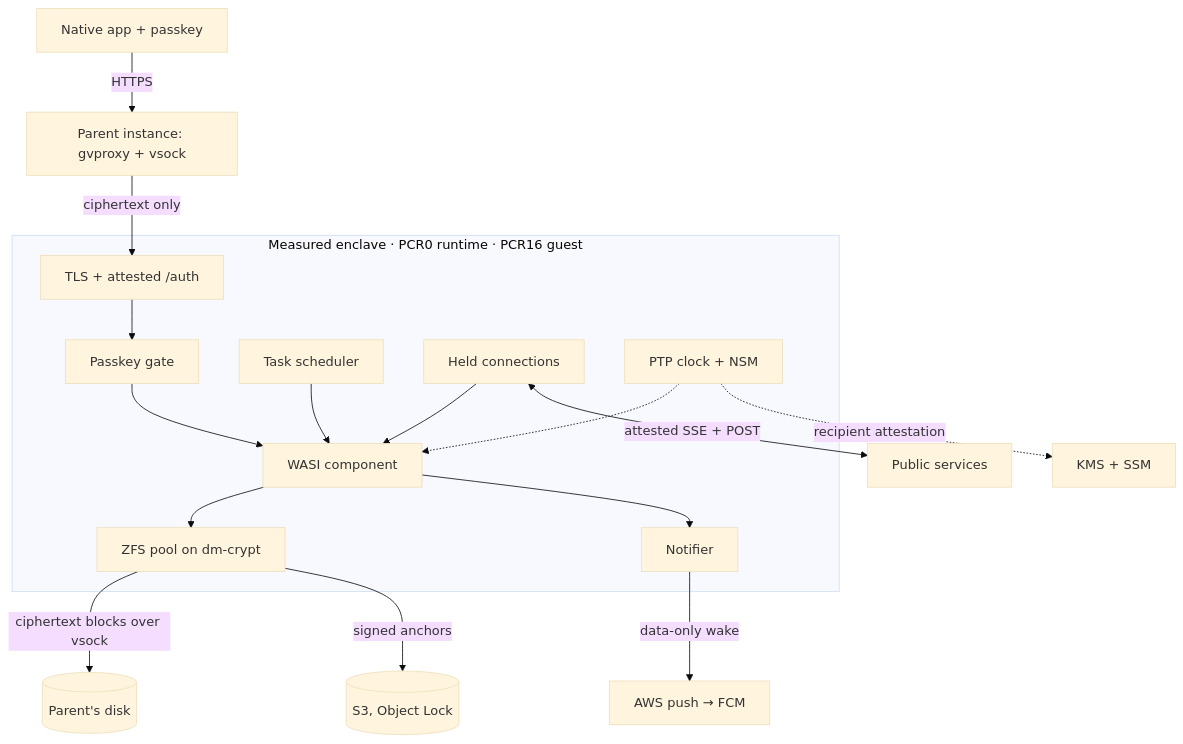
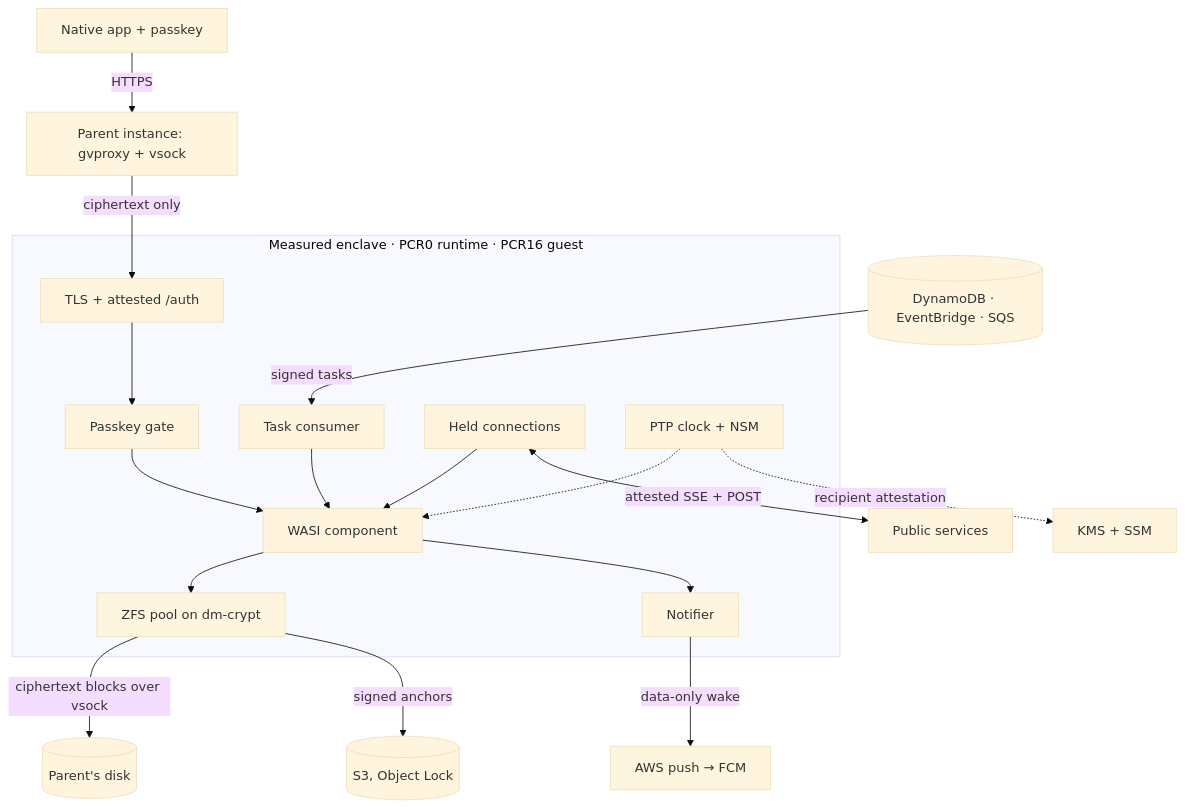
The third of 3 diagrams in README.md (vtxos/runtime), drawn with Mermaid (base theme) before and after one commit. The commit also changed other lines of this file and 39 other files, not shown here.

````diff
--- a/README.md
+++ b/README.md
@@ -276,19 +276,20 @@
 ```mermaid
 flowchart TB
     App["Native app + passkey"] -->|HTTPS| Parent["Parent instance: gvproxy + vsock"]
     Parent -->|ciphertext only| TLS
     subgraph Enclave["Measured enclave · PCR0 runtime · PCR16 guest"]
         TLS["TLS + attested /auth"] --> Gate["Passkey gate"]
         Gate --> Guest["WASI component"]
-        Sched["Task scheduler"] --> Guest
+        Tasks["Task consumer"] --> Guest
         Held["Held connections"] --> Guest
         Dev["PTP clock + NSM"] -.-> Guest
         Guest --> FS["ZFS pool on dm-crypt"]
         Guest --> Notify["Notifier"]
     end
     FS -->|ciphertext blocks over vsock| Disk[("Parent's disk")]
     FS -->|signed anchors| S3[("S3, Object Lock")]
+    AWS[("DynamoDB · EventBridge · SQS")] -->|signed tasks| Tasks
     Dev -.->|recipient attestation| KMS["KMS + SSM"]
     Held <-->|attested SSE + POST| Svc["Public services"]
     Notify -->|data-only wake| Push["AWS push → FCM"]
 ```
````
